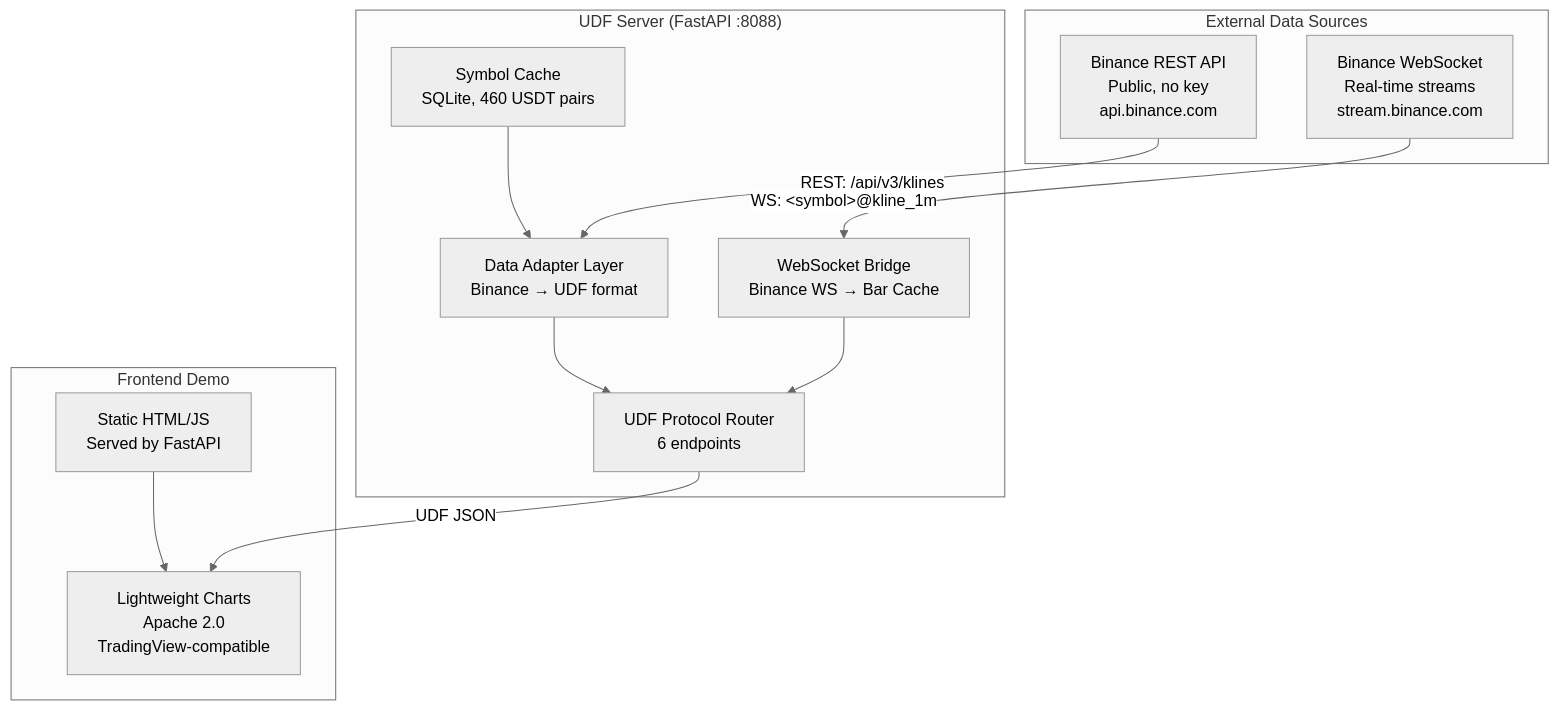
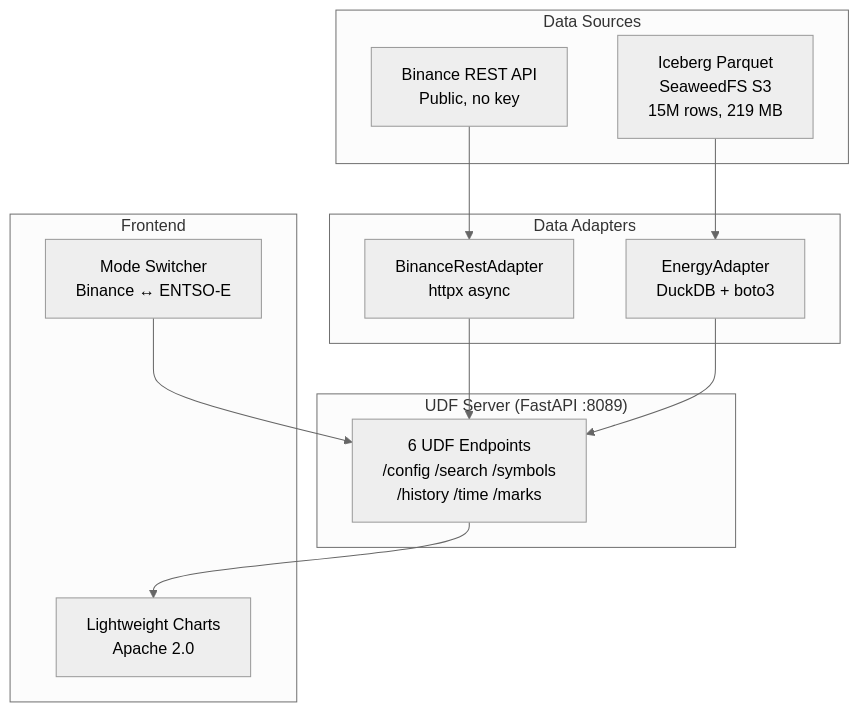
Before and after one commit to stan-buren/tradingview-udf-datafeed-server: the diagram in README.md, drawn with Mermaid (neutral theme). The commit also changed other lines of this file, not shown here.

First line of the commit message:
docs: update README with dual-mode architecture (Binance + ENTSO-E)

````diff
--- a/README.md
+++ b/README.md
@@ -134,27 +74,28 @@
 ```mermaid
 flowchart TD
-    subgraph "External Data Sources"
-        BINANCE_REST["Binance REST API\nPublic, no key\napi.binance.com"]
-        BINANCE_WS["Binance WebSocket\nReal-time streams\nstream.binance.com"]
+    subgraph Sources["Data Sources"]
+        BIN["Binance REST API\nPublic, no key"]
+        ICE["Iceberg Parquet\nSeaweedFS S3\n15M rows, 219 MB"]
     end
 
-    subgraph "UDF Server (FastAPI :8088)"
-        ROUTER["UDF Protocol Router\n6 endpoints"]
-        ADAPTER["Data Adapter Layer\nBinance → UDF format"]
-        CACHE["Symbol Cache\nSQLite, 460 USDT pairs"]
-        WS_BRIDGE["WebSocket Bridge\nBinance WS → Bar Cache"]
+    subgraph Adapters["Data Adapters"]
+        BA["BinanceRestAdapter\nhttpx async"]
+        EA["EnergyAdapter\nDuckDB + boto3"]
     end
 
-    subgraph "Frontend Demo"
-        LW["Lightweight Charts\nApache 2.0\nTradingView-compatible"]
-        HTML["Static HTML/JS\nServed by FastAPI"]
+    subgraph Server["UDF Server (FastAPI :8089)"]
+        RTR["6 UDF Endpoints\n/config /search /symbols\n/history /time /marks"]
     end
 
-    BINANCE_REST -->|"REST: /api/v3/klines"| ADAPTER
-    BINANCE_WS -->|"WS: &lt;symbol&gt;@kline_1m"| WS_BRIDGE
-    ADAPTER --> ROUTER
-    CACHE --> ADAPTER
-    WS_BRIDGE --> ROUTER
-    ROUTER -->|"UDF JSON"| LW
-    HTML --> LW
+    subgraph Frontend["Frontend"]
+        LW["Lightweight Charts\nApache 2.0"]
+        SW["Mode Switcher\nBinance ↔ ENTSO-E"]
+    end
+
+    BIN --> BA
+    ICE --> EA
+    BA --> RTR
+    EA --> RTR
+    RTR --> LW
+    SW --> RTR
 ```
````
